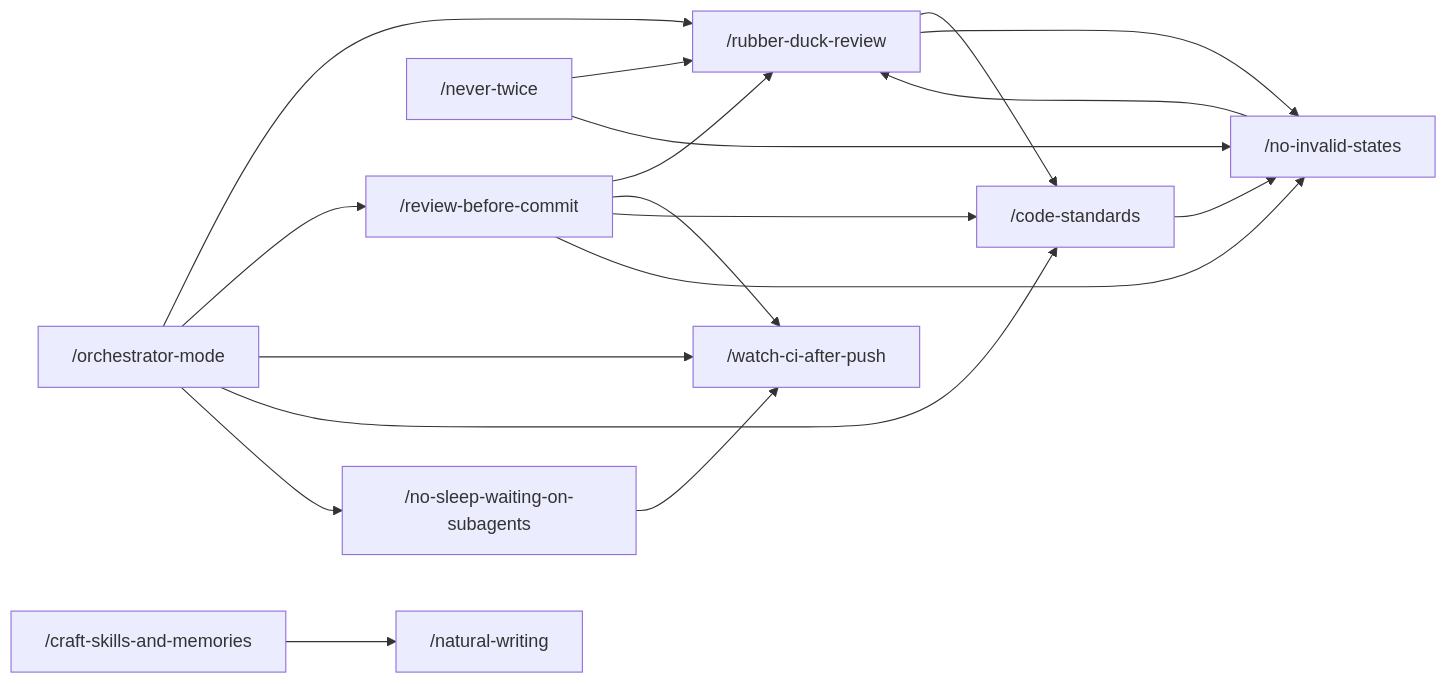
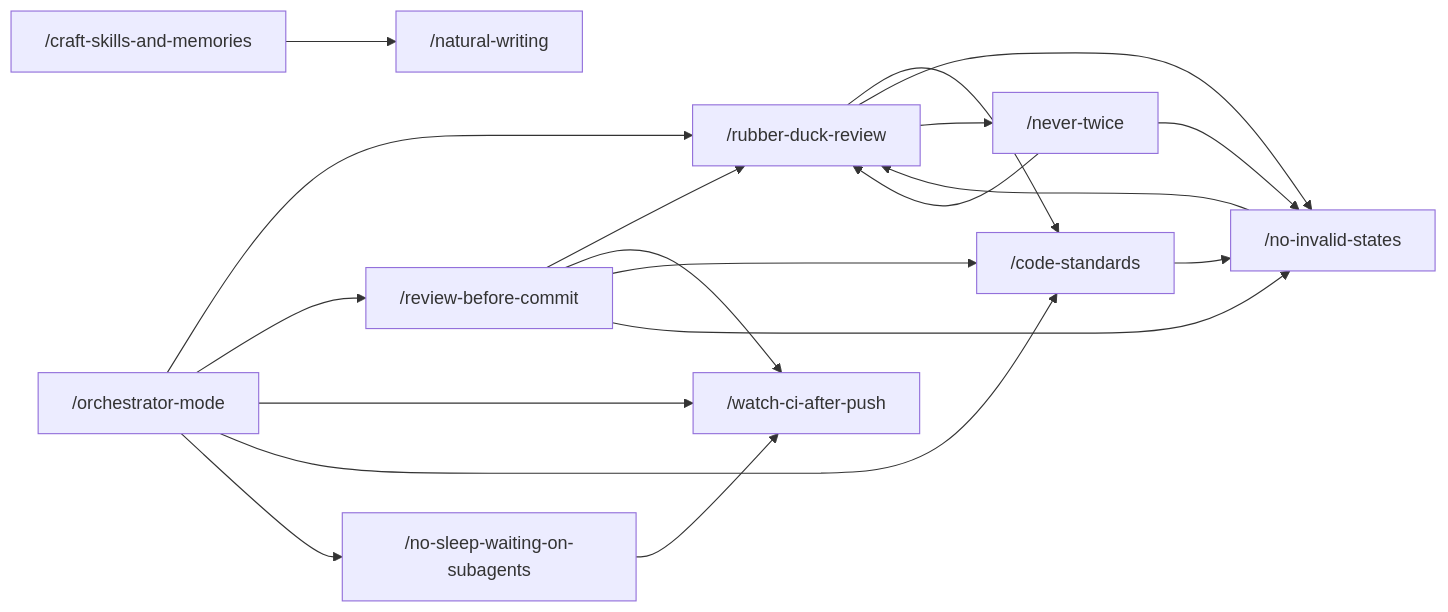
One commit to Vivswan/skills changed the diagram in README.md. Above: the diagram before and after it, drawn with Mermaid. The commit also changed 1 other file, not shown here.

Commit message:
fix: record the rubber-duck handback edge and restore the three-outcome test in never-twice

````diff
--- a/README.md
+++ b/README.md
@@ -35,20 +35,21 @@
 ```mermaid
 graph LR
   om["/orchestrator-mode"] --> rdr["/rubber-duck-review"]
   om --> rbc["/review-before-commit"]
   om --> wca["/watch-ci-after-push"]
   om --> cs["/code-standards"]
   rbc --> rdr
   rbc --> wca
   rbc --> cs
   rbc --> nis["/no-invalid-states"]
   rdr --> cs
   rdr --> nis
+  rdr --> nt
   nis --> rdr
   cs --> nis
   nt["/never-twice"] --> rdr
   nt --> nis
   om --> nsw["/no-sleep-waiting-on-subagents"]
   nsw --> wca
   csm["/craft-skills-and-memories"] --> nw["/natural-writing"]
 ```
````
